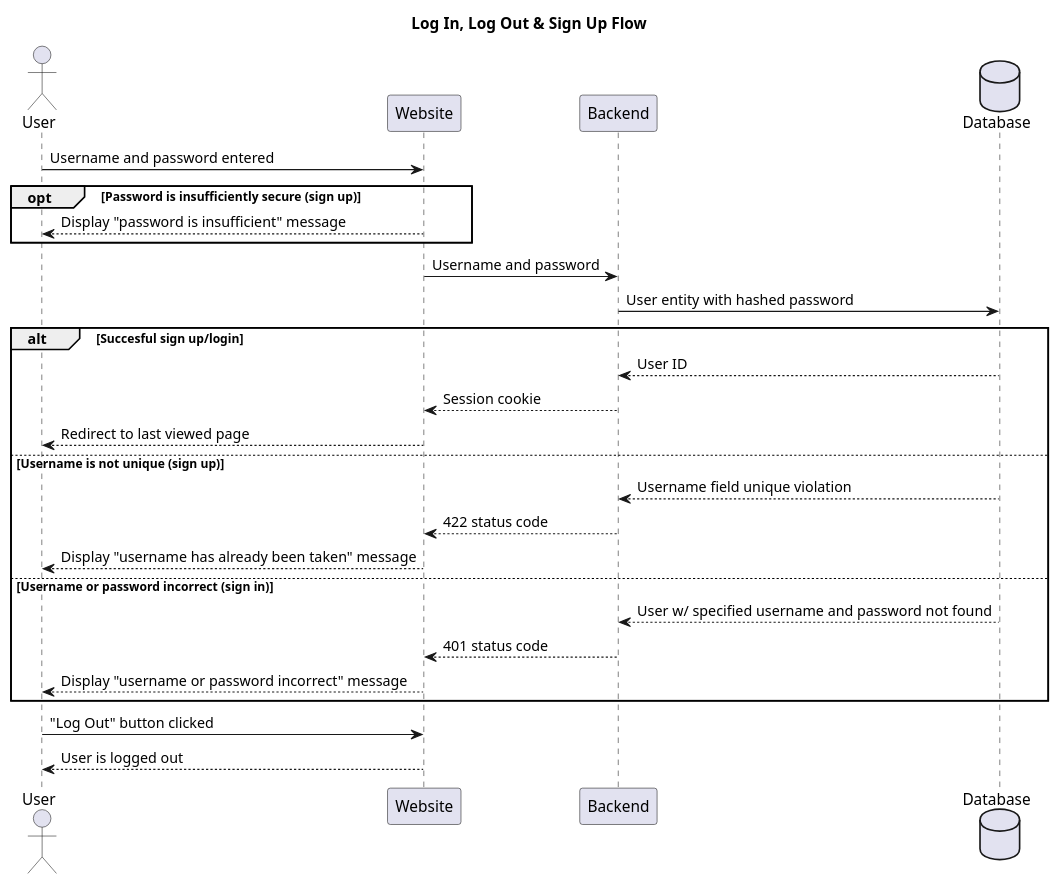
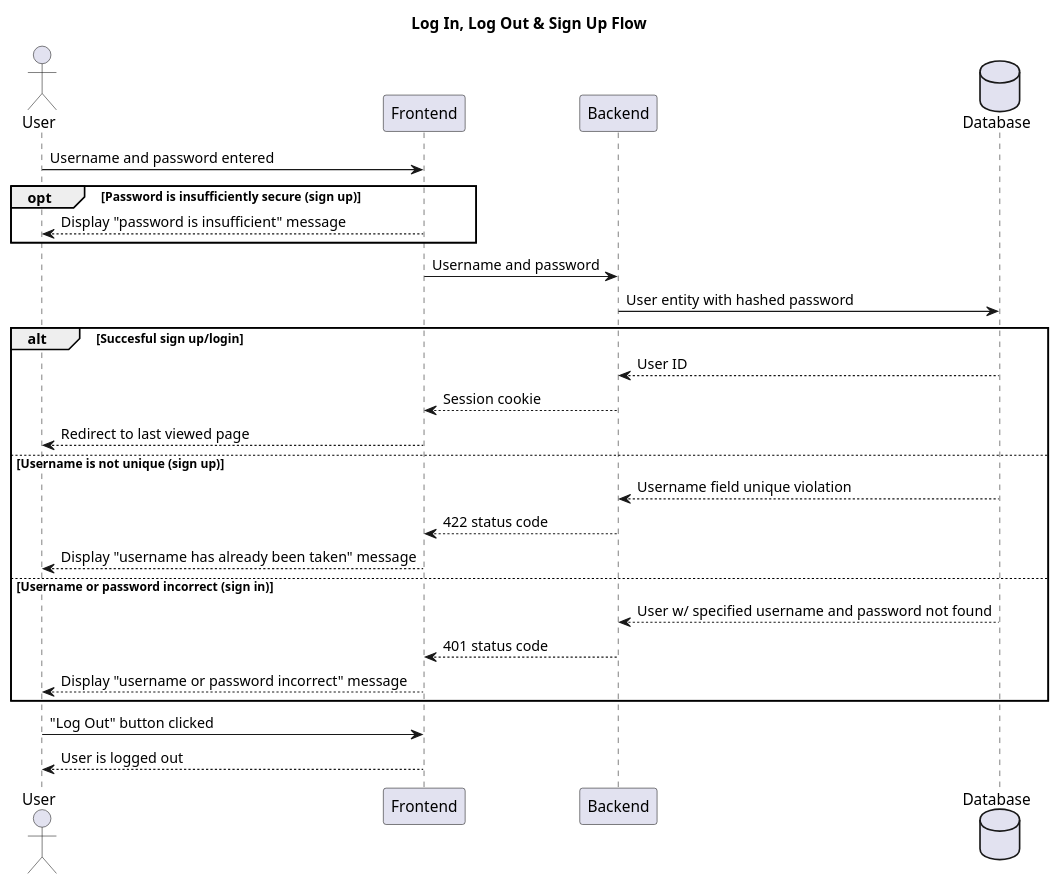
The diagram in docs/uml/sequence-diagrams/signup-and-login.plantuml (mylesgordon/cURL-Share), drawn with PlantUML before and after one commit. The commit also changed 3 other files, not shown here.

Commit message:
Docs: replace Website with Frontend

```diff
--- a/docs/uml/sequence-diagrams/signup-and-login.plantuml
+++ b/docs/uml/sequence-diagrams/signup-and-login.plantuml
@@ -1,34 +1,34 @@
 @startuml
 title Log In, Log Out & Sign Up Flow
 
 actor User
-participant Website 
+participant Frontend 
 participant Backend
 database Database
 
-User -> Website: Username and password entered
+User -> Frontend: Username and password entered
 opt Password is insufficiently secure (sign up)
-    Website --> User: Display "password is insufficient" message
+    Frontend --> User: Display "password is insufficient" message
 end
 
-Website -> Backend: Username and password
+Frontend -> Backend: Username and password
 Backend -> Database: User entity with hashed password
 
 alt Succesful sign up/login
     Database --> Backend: User ID
-    Backend --> Website: Session cookie
-    Website --> User: Redirect to last viewed page
+    Backend --> Frontend: Session cookie
+    Frontend --> User: Redirect to last viewed page
 else Username is not unique (sign up)
     Database --> Backend: Username field unique violation
-    Backend --> Website: 422 status code
-    Website --> User: Display "username has already been taken" message
+    Backend --> Frontend: 422 status code
+    Frontend --> User: Display "username has already been taken" message
 else Username or password incorrect (sign in)
     Database --> Backend: User w/ specified username and password not found
-    Backend --> Website: 401 status code
-    Website --> User: Display "username or password incorrect" message
+    Backend --> Frontend: 401 status code
+    Frontend --> User: Display "username or password incorrect" message
 end
 
-User -> Website: "Log Out" button clicked
-Website --> User: User is logged out
+User -> Frontend: "Log Out" button clicked
+Frontend --> User: User is logged out
 
 @enduml
```
